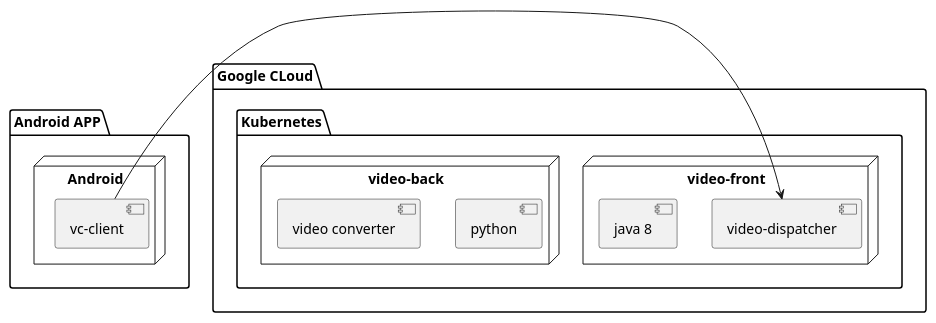
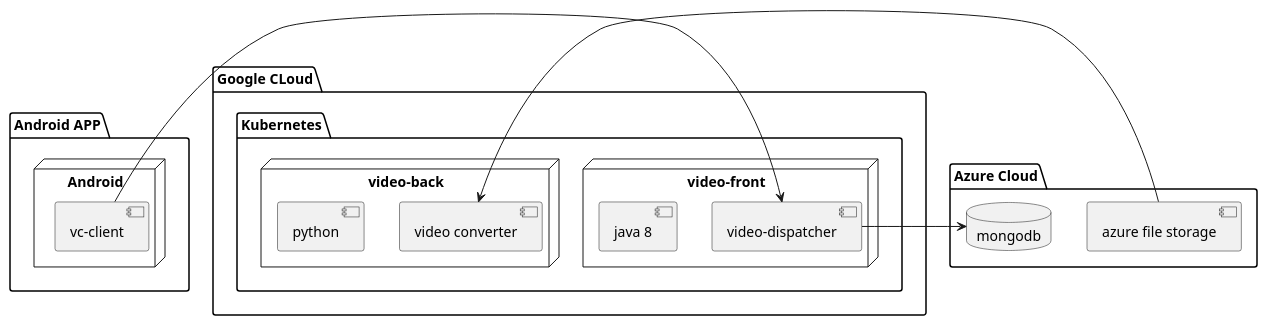
The diagram in UML/deployement.puml (Ackincolor/AD), drawn with PlantUML before and after one commit. The commit also changed 1 other file, not shown here.

```diff
--- a/UML/deployement.puml
+++ b/UML/deployement.puml
@@ -1,23 +1,30 @@
 @startuml
 package "Google CLoud" {
     folder "Kubernetes" {
         node "video-front" {
             [java 8]
             [video-dispatcher]
         }
     }
     folder "Kubernetes" {
         node "video-back" {
             [python]
             [video converter]
         }
     }
 }
 package "Android APP" {
     node "Android" {
         [vc-client]
     }
 }
+package "Azure Cloud" {
+    [azure file storage]
+    database "mongodb"
+}
+
 
 [vc-client] -> [video-dispatcher]
+[azure file storage] -> [video converter]
+[video-dispatcher] -> "mongodb"
 @enduml
```
